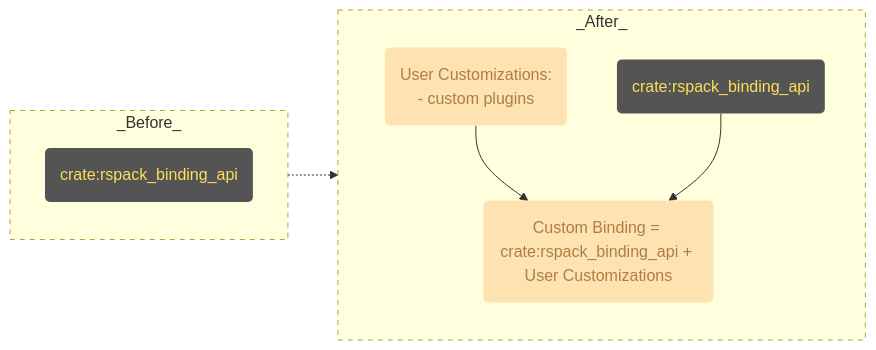
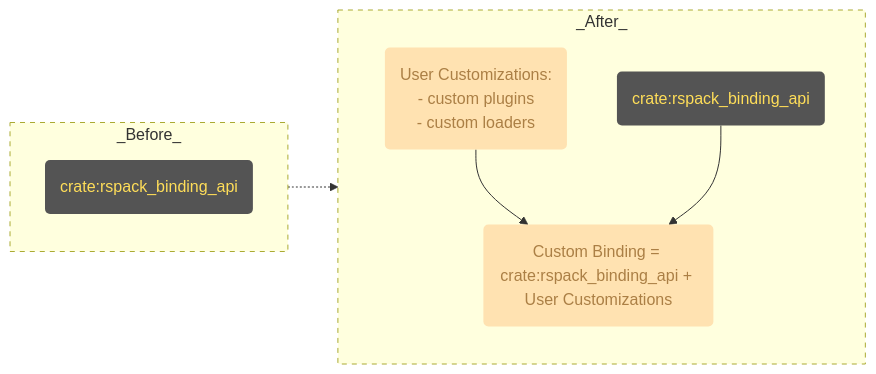
One commit to rspack-contrib/rspack-rust-book changed the second of 2 diagrams in src/custom-binding/getting-started/rationale.md. Above: the diagram before and after it, drawn with Mermaid. The commit also changed other lines of this file and 1 other file, not shown here.

````diff
--- a/src/custom-binding/getting-started/rationale.md
+++ b/src/custom-binding/getting-started/rationale.md
@@ -67,24 +112,24 @@
 ```mermaid
 flowchart LR
     subgraph Before ["_Before_"]
         Original("crate:rspack_binding_api")
         style Original stroke-width:0px,color:#FFDE59,fill:#545454
     end
 
     subgraph After ["_After_"]
-        Plugin("User Customizations:<br>- custom plugins")
+        Plugin("User Customizations:<br>- custom plugins<br>- custom loaders")
         style Plugin stroke-width:0px,color:#AB7F45,fill:#FFE2B1
 
         API("crate:rspack_binding_api")
         style API stroke-width:0px,color:#FFDE59,fill:#545454
 
         Plugin --> CustomBinding("Custom Binding = <br>crate:rspack_binding_api + User Customizations")
         API --> CustomBinding
         style CustomBinding stroke-width:0px,color:#AB7F45,fill:#FFE2B1
     end
 
     Before -.-> After
 
     style Before stroke-dasharray: 5 5
     style After stroke-dasharray: 5 5
 ```
````
